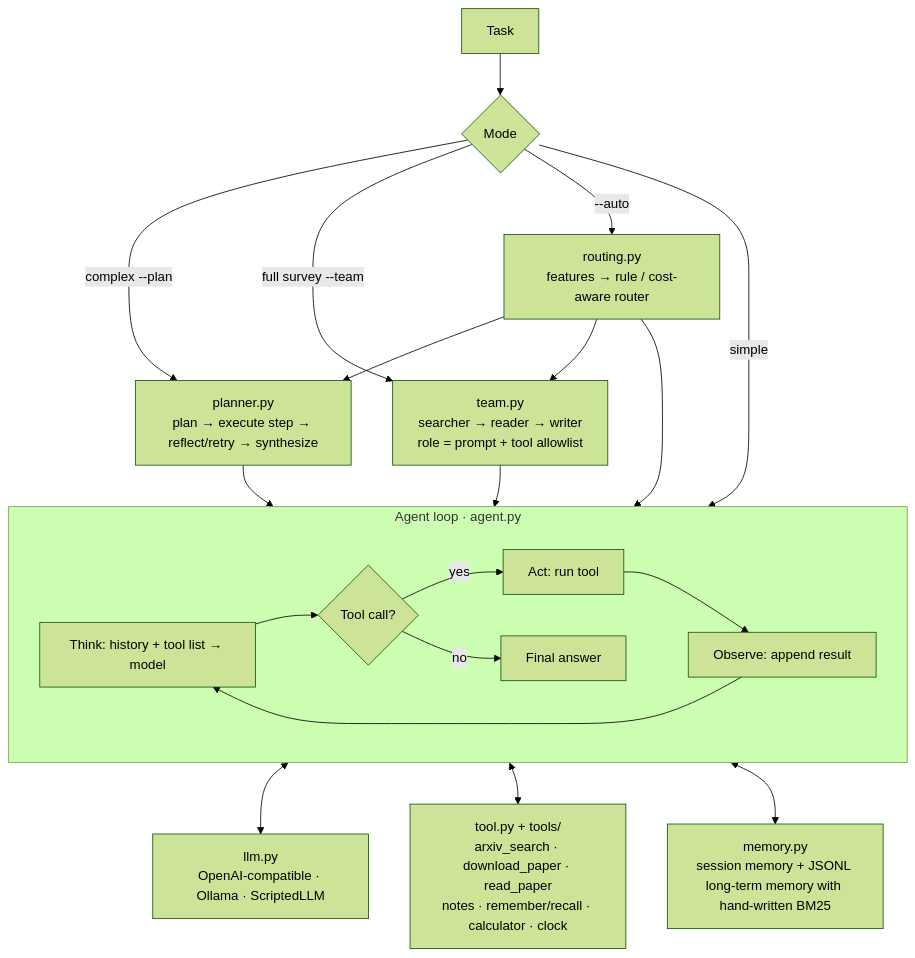
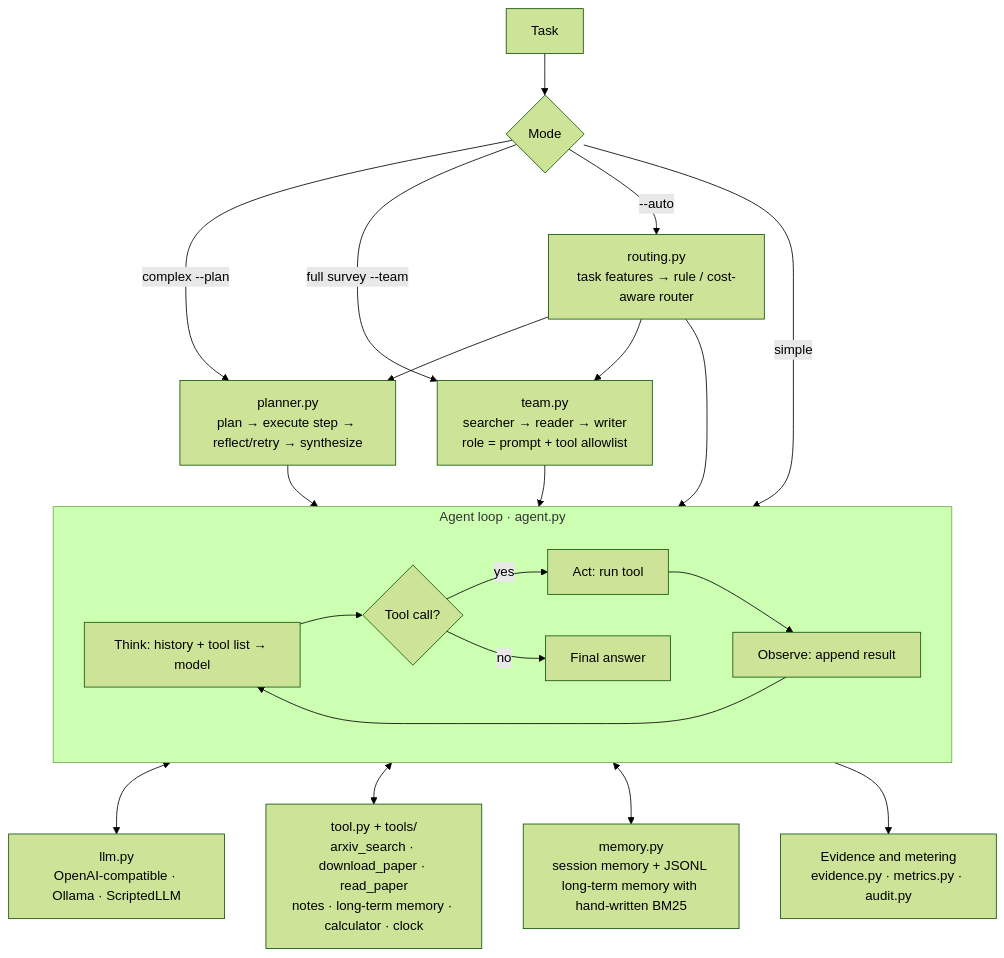
The diagram in README.en.md (jian-in/ScholarAgent), drawn with Mermaid (forest theme) before and after one commit. The commit also changed other lines of this file and 25 other files, not shown here.

````diff
--- a/README.en.md
+++ b/README.en.md
@@ -91,21 +71,22 @@
 ```mermaid
 flowchart TB
     U[Task] --> MODE{Mode}
     MODE -- simple --> A
     MODE -- "complex --plan" --> P[planner.py<br>plan → execute step → reflect/retry → synthesize]
     MODE -- "full survey --team" --> T[team.py<br>searcher → reader → writer<br>role = prompt + tool allowlist]
-    MODE -- "--auto" --> R[routing.py<br>features → rule / cost-aware router]
+    MODE -- "--auto" --> R[routing.py<br>task features → rule / cost-aware router]
     R --> A & P & T
     P --> A
     T --> A
 
     subgraph A[Agent loop · agent.py]
         T1[Think: history + tool list → model] --> T2{Tool call?}
         T2 -- yes --> T3[Act: run tool] --> T4[Observe: append result] --> T1
         T2 -- no --> DONE[Final answer]
     end
 
     A <--> L[llm.py<br>OpenAI-compatible · Ollama · ScriptedLLM]
-    A <--> TL[tool.py + tools/<br>arxiv_search · download_paper · read_paper<br>notes · remember/recall · calculator · clock]
+    A <--> TL[tool.py + tools/<br>arxiv_search · download_paper · read_paper<br>notes · long-term memory · calculator · clock]
     A <--> M[memory.py<br>session memory + JSONL long-term memory with hand-written BM25]
+    A --> E[Evidence and metering<br>evidence.py · metrics.py · audit.py]
 ```
````
